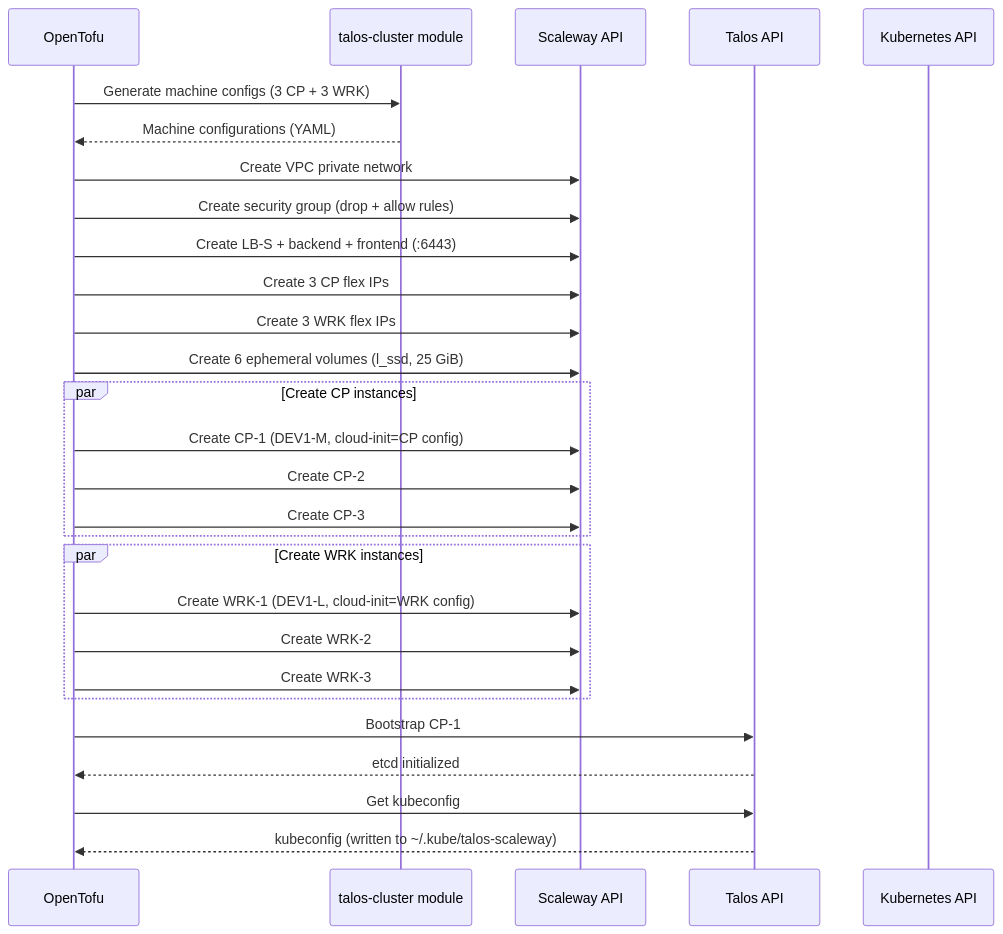
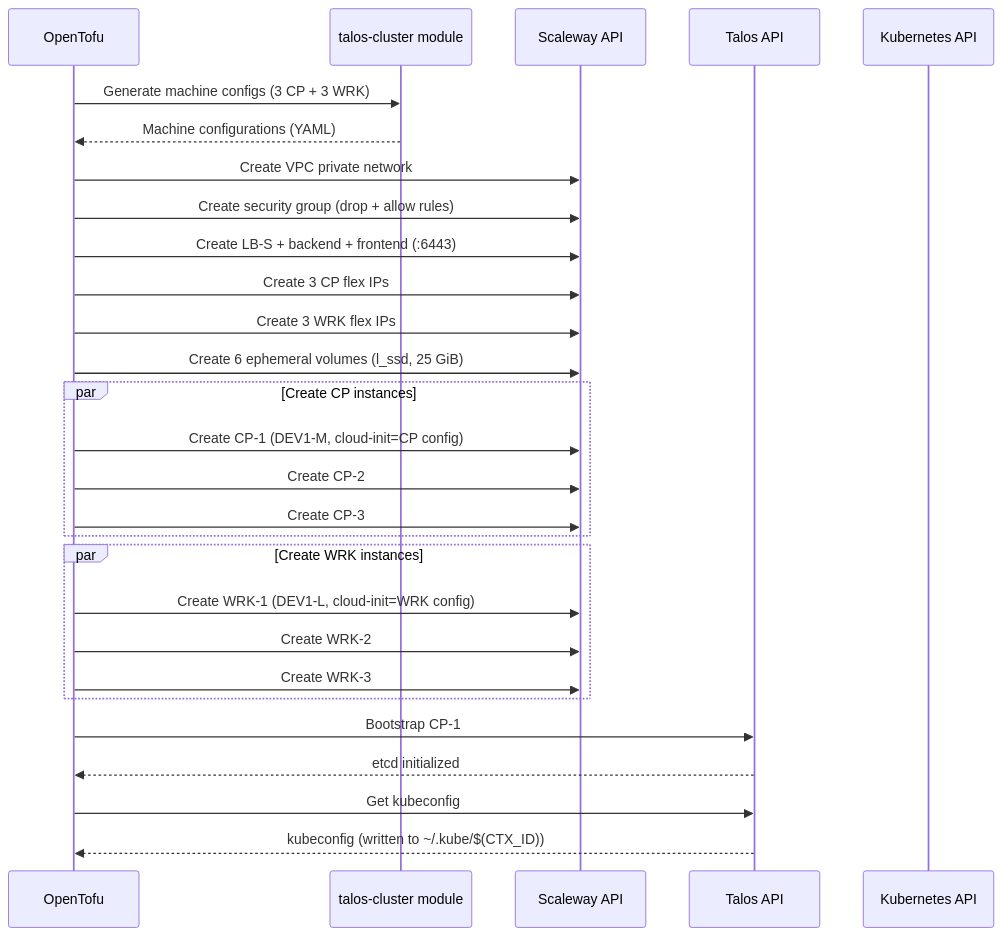
One commit to Destynova2/st4ck changed the tenth of 14 diagrams in docs/design/001-hld-lld.md. Above: the diagram before and after it, drawn with Mermaid. The commit also changed other lines of this file and 21 other files, not shown here.

````diff
--- a/docs/design/001-hld-lld.md
+++ b/docs/design/001-hld-lld.md
@@ -901,34 +901,34 @@
 ```mermaid
 sequenceDiagram
     participant TF as OpenTofu
     participant Mod as talos-cluster module
     participant SCW as Scaleway API
     participant Talos as Talos API
     participant K8s as Kubernetes API
 
     TF->>Mod: Generate machine configs (3 CP + 3 WRK)
     Mod-->>TF: Machine configurations (YAML)
 
     TF->>SCW: Create VPC private network
     TF->>SCW: Create security group (drop + allow rules)
     TF->>SCW: Create LB-S + backend + frontend (:6443)
     TF->>SCW: Create 3 CP flex IPs
     TF->>SCW: Create 3 WRK flex IPs
     TF->>SCW: Create 6 ephemeral volumes (l_ssd, 25 GiB)
 
     par Create CP instances
         TF->>SCW: Create CP-1 (DEV1-M, cloud-init=CP config)
         TF->>SCW: Create CP-2
         TF->>SCW: Create CP-3
     end
     par Create WRK instances
         TF->>SCW: Create WRK-1 (DEV1-L, cloud-init=WRK config)
         TF->>SCW: Create WRK-2
         TF->>SCW: Create WRK-3
     end
 
     TF->>Talos: Bootstrap CP-1
     Talos-->>TF: etcd initialized
     TF->>Talos: Get kubeconfig
-    Talos-->>TF: kubeconfig (written to ~/.kube/talos-scaleway)
+    Talos-->>TF: kubeconfig (written to ~/.kube/$(CTX_ID))
 ```
````
